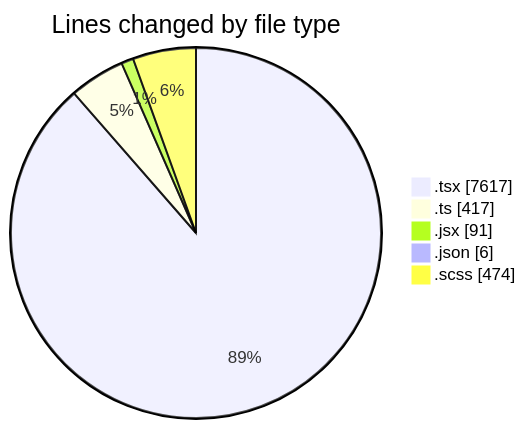
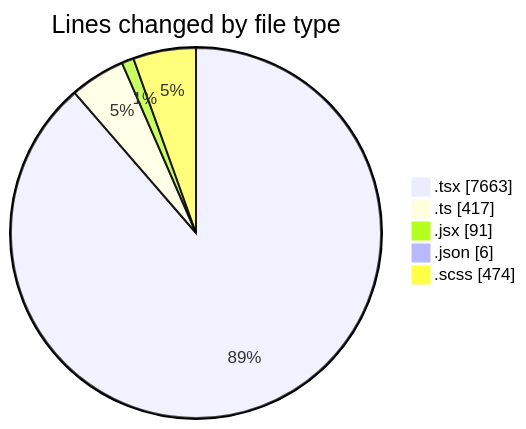
One commit to momahboobian/code-tracking changed the first of 2 diagrams in 2026-04-27/cda/README.md. Above: the diagram before and after it, drawn with Mermaid. The commit also changed other lines of this file and 1 other file, not shown here.

````diff
--- a/2026-04-27/cda/README.md
+++ b/2026-04-27/cda/README.md
@@ -48,9 +48,9 @@
 ```mermaid
 pie showData
 title Lines changed by file type
-".tsx" : 7617
+".tsx" : 7663
 ".ts" : 417
 ".jsx" : 91
 ".json" : 6
 ".scss" : 474
 ```
````
